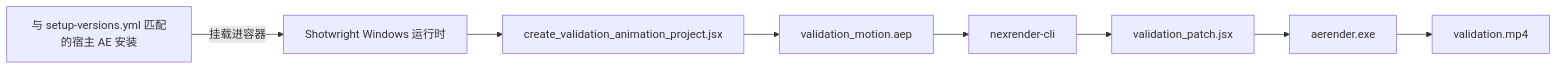
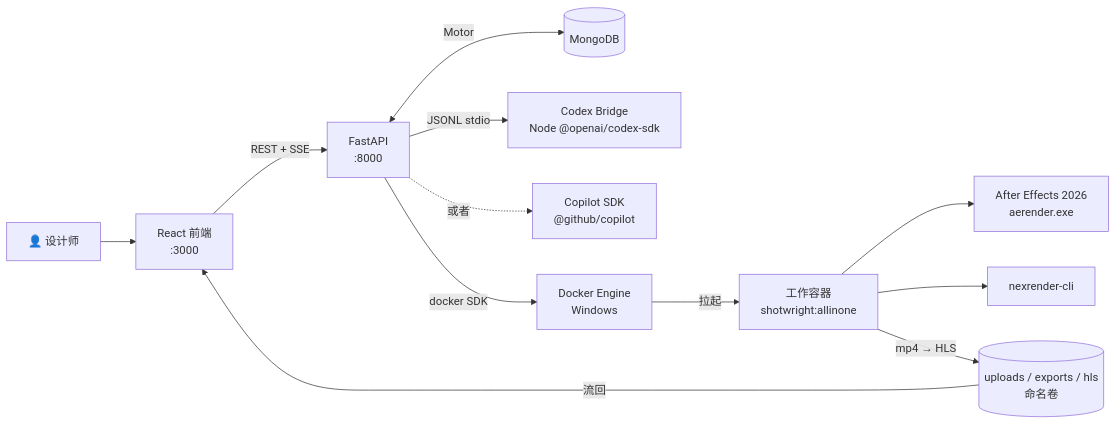
One commit to machinepulse-ai/shotwright changed the diagram in README-cn.md. Above: the diagram before and after it, drawn with Mermaid. The commit also changed other lines of this file and 12 other files, not shown here.

````diff
--- a/README-cn.md
+++ b/README-cn.md
@@ -78,10 +195,14 @@
 ```mermaid
 flowchart LR
-		H[与 setup-versions.yml 匹配的宿主 AE 安装] -->|挂载进容器| C[Shotwright Windows 运行时]
-		C --> P[create_validation_animation_project.jsx]
-		P --> A[validation_motion.aep]
-		A --> N[nexrender-cli]
-		N --> S[validation_patch.jsx]
-		S --> R[aerender.exe]
-		R --> M[validation.mp4]
+	U[👤 设计师] --> FE[React 前端<br/>:3000]
+	FE -->|REST + SSE| BE[FastAPI<br/>:8000]
+	BE <-->|Motor| DB[(MongoDB)]
+	BE -->|JSONL stdio| CB[Codex Bridge<br/>Node @openai/codex-sdk]
+	BE -.->|或者| CP[Copilot SDK<br/>@github/copilot]
+	BE -->|docker SDK| DK[Docker Engine<br/>Windows]
+	DK -->|拉起| WK[工作容器<br/>shotwright:allinone]
+	WK --> AE[After Effects 2026<br/>aerender.exe]
+	WK --> NX[nexrender-cli]
+	WK -->|mp4 → HLS| FS[(uploads / exports / hls<br/>命名卷)]
+	FS -->|流回| FE
 ```
````
